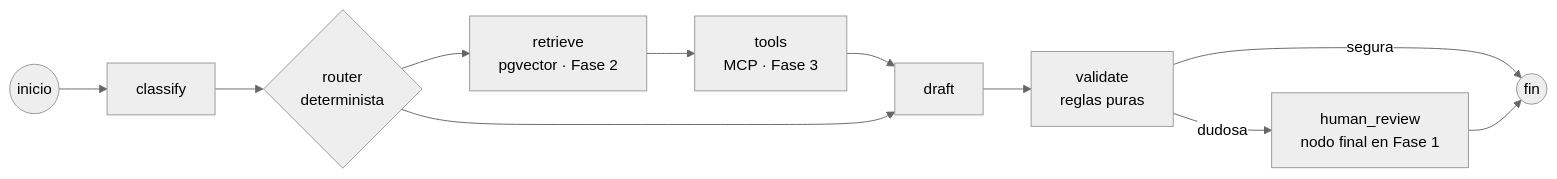
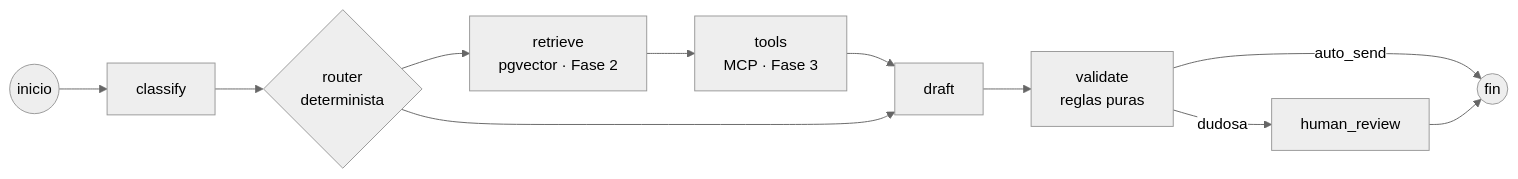
Before and after one commit to pedropancorbo14/AI-Mail-Automation-Platform: the second of 4 diagrams in ai-service/README.md, drawn with Mermaid (neutral theme). The commit also changed other lines of this file and 11 other files, not shown here.

````diff
--- a/ai-service/README.md
+++ b/ai-service/README.md
@@ -75,13 +77,13 @@
 ```mermaid
 flowchart LR
     START((inicio)) --> classify
     classify --> router{router<br/>determinista}
     router --> retrieve[retrieve<br/>pgvector · Fase 2]
     retrieve --> tools[tools<br/>MCP · Fase 3]
     tools --> draft
     router --> draft
     draft --> validate[validate<br/>reglas puras]
-    validate -->|segura| END((fin))
-    validate -->|dudosa| human_review[human_review<br/>nodo final en Fase 1]
+    validate -->|auto_send| END((fin))
+    validate -->|dudosa| human_review[human_review]
     human_review --> END
 ```
````
